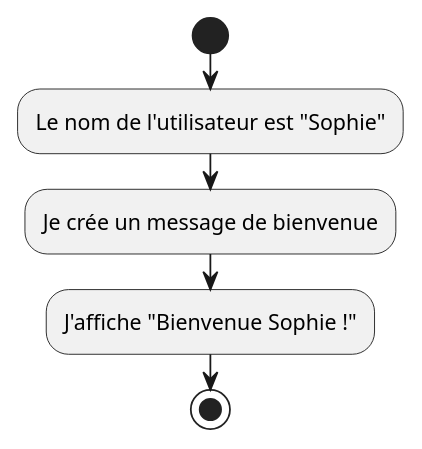
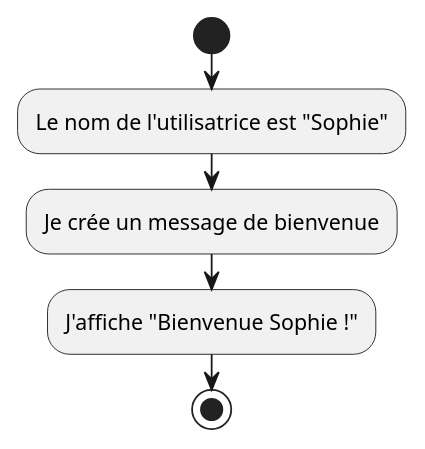
One commit to HEIG-VD-Prog-Course/HEIG-VD-ProgIM-Course changed the diagram in 04.02-variables-constantes/01-supports-de-cours/images/message-bienvenue.plantuml. Above: the diagram before and after it, drawn with PlantUML. The commit also changed 330 other files, not shown here.

```diff
--- a/04.02-variables-constantes/01-supports-de-cours/images/message-bienvenue.plantuml
+++ b/04.02-variables-constantes/01-supports-de-cours/images/message-bienvenue.plantuml
@@ -1,7 +1,7 @@
 @startuml
 start
-:Le nom de l'utilisateur est "Sophie";
+:Le nom de l'utilisatrice est "Sophie";
 :Je crée un message de bienvenue;
 :J'affiche "Bienvenue Sophie !";
 stop
 @enduml
```
